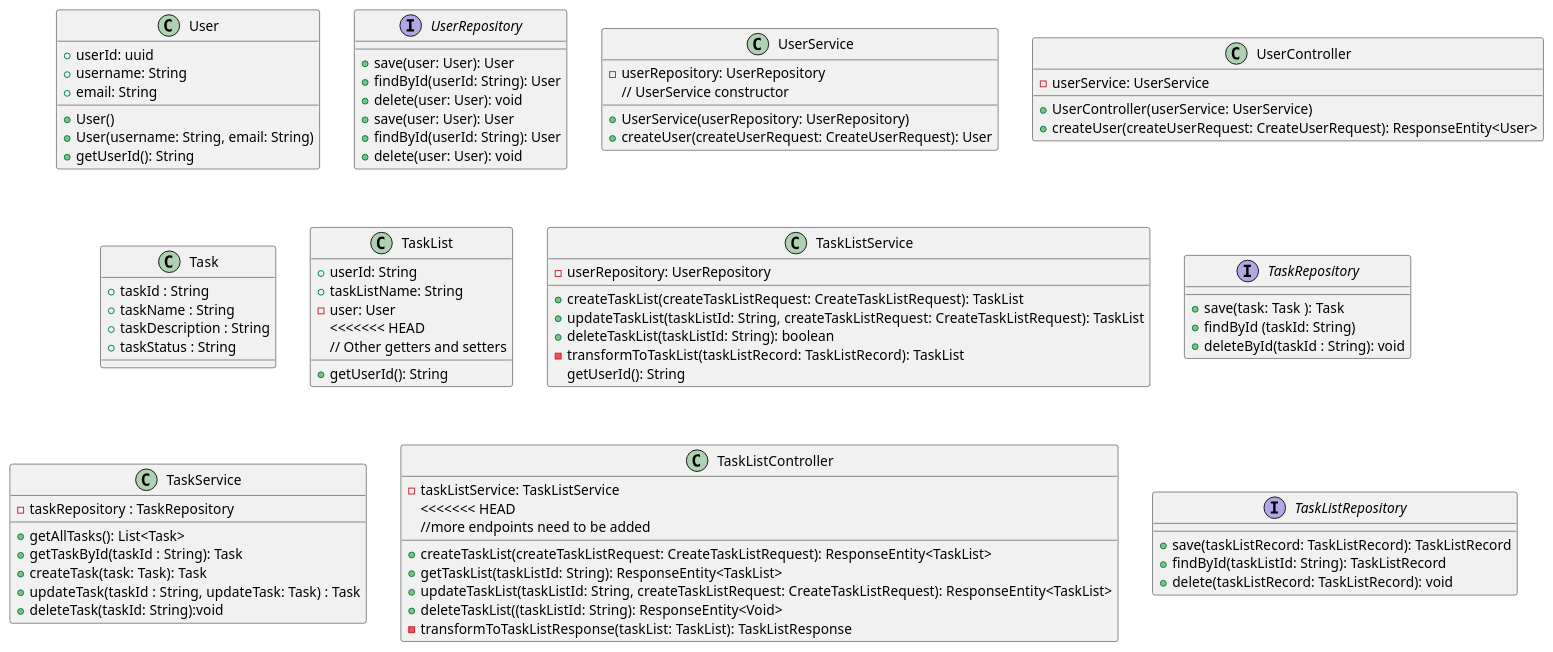
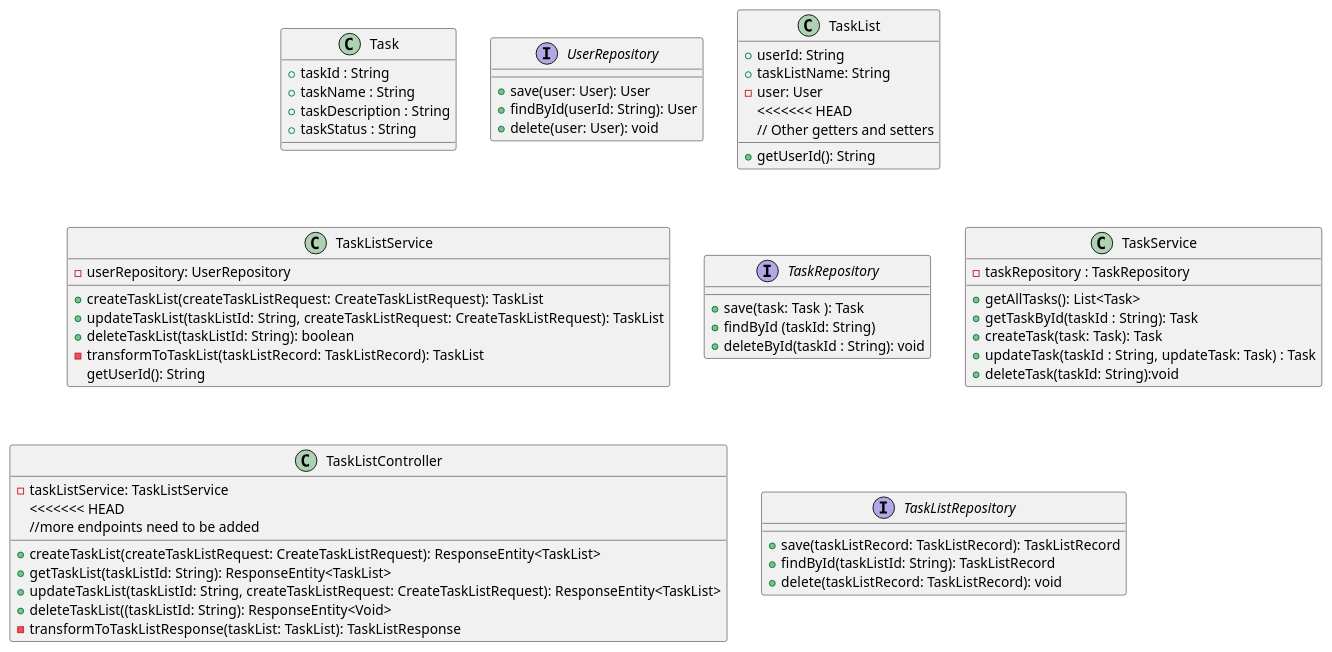
The diagram in Streamline.puml (adam-knight1/streamline), drawn with PlantUML before and after one commit.

Commit message:
updated uml

```diff
--- a/Streamline.puml
+++ b/Streamline.puml
@@ -1,92 +1,63 @@
 @startuml
-
-class User {
-+userId: uuid
-+username: String
-+email: String
-+User()
-+User(username: String, email: String)
-+getUserId(): String
-}
-
-interface UserRepository {
-+save(user: User): User
-+findById(userId: String): User
-+delete(user: User): void
-}
-class UserService {
--userRepository: UserRepository
-// UserService constructor
-+UserService(userRepository: UserRepository)
-+createUser(createUserRequest: CreateUserRequest): User
-}
-
-class UserController {
--userService: UserService
-+UserController(userService: UserService)
-+createUser(createUserRequest: CreateUserRequest): ResponseEntity<User>
-}
-
 class Task {
 +taskId : String
 +taskName : String
 +taskDescription : String
 +taskStatus : String
 }
 
 interface UserRepository {
 +save(user: User): User
 +findById(userId: String): User
 +delete(user: User): void
 }
 
 class TaskList {
 +userId: String
 +taskListName: String
 -user: User
 <<<<<<< HEAD
 +getUserId(): String
   // Other getters and setters
 }
 
 class TaskListService {
   -userRepository: UserRepository
   +createTaskList(createTaskListRequest: CreateTaskListRequest): TaskList
   +updateTaskList(taskListId: String, createTaskListRequest: CreateTaskListRequest): TaskList
   +deleteTaskList(taskListId: String): boolean
   -transformToTaskList(taskListRecord: TaskListRecord): TaskList
 getUserId(): String
 }
 
 interface TaskRepository {
 +save(task: Task ): Task
 +findById (taskId: String)
 +deleteById(taskId : String): void
 }
-
 class TaskService {
 -taskRepository : TaskRepository
 +getAllTasks(): List<Task>
 +getTaskById(taskId : String): Task
 +createTask(task: Task): Task
 +updateTask(taskId : String, updateTask: Task) : Task
 +deleteTask(taskId: String):void
 }
 
 class TaskListController {
 -taskListService: TaskListService
 +createTaskList(createTaskListRequest: CreateTaskListRequest): ResponseEntity<TaskList>
 <<<<<<< HEAD
 +getTaskList(taskListId: String): ResponseEntity<TaskList>
 +updateTaskList(taskListId: String, createTaskListRequest: CreateTaskListRequest): ResponseEntity<TaskList>
 +deleteTaskList((taskListId: String): ResponseEntity<Void>
 -transformToTaskListResponse(taskList: TaskList): TaskListResponse
   //more endpoints need to be added
 }
 
 interface TaskListRepository {
 +save(taskListRecord: TaskListRecord): TaskListRecord
 +findById(taskListId: String): TaskListRecord
 +delete(taskListRecord: TaskListRecord): void
 }
 @enduml
```
